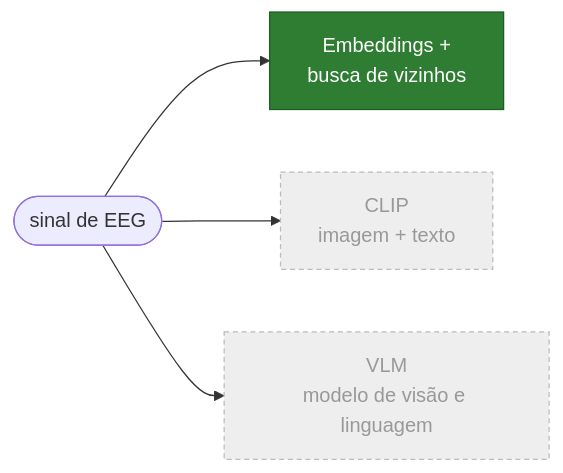
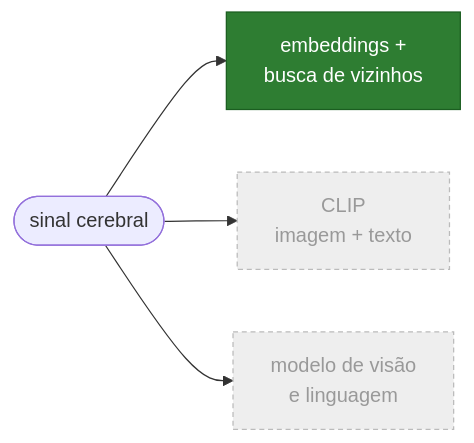
The sixth of 8 diagrams in README.md (kafb04/data-engineering-multimodal-ai), drawn with Mermaid before and after one commit. The commit also changed other lines of this file, not shown here.

````diff
--- a/README.md
+++ b/README.md
@@ -270,8 +167,8 @@
 ```mermaid
 flowchart LR
-    Q(["sinal de EEG"]) --> O1["Embeddings +<br/>busca de vizinhos"]:::sim
+    Q(["sinal cerebral"]) --> O1["embeddings +<br/>busca de vizinhos"]:::sim
     Q --> O2["CLIP<br/>imagem + texto"]:::nao
-    Q --> O3["VLM<br/>modelo de visão e linguagem"]:::nao
+    Q --> O3["modelo de visão<br/>e linguagem"]:::nao
     classDef sim fill:#2E7D32,color:#fff,stroke:#1B5E20
     classDef nao fill:#EEEEEE,color:#999,stroke:#BBBBBB,stroke-dasharray:4 3
 ```
````
